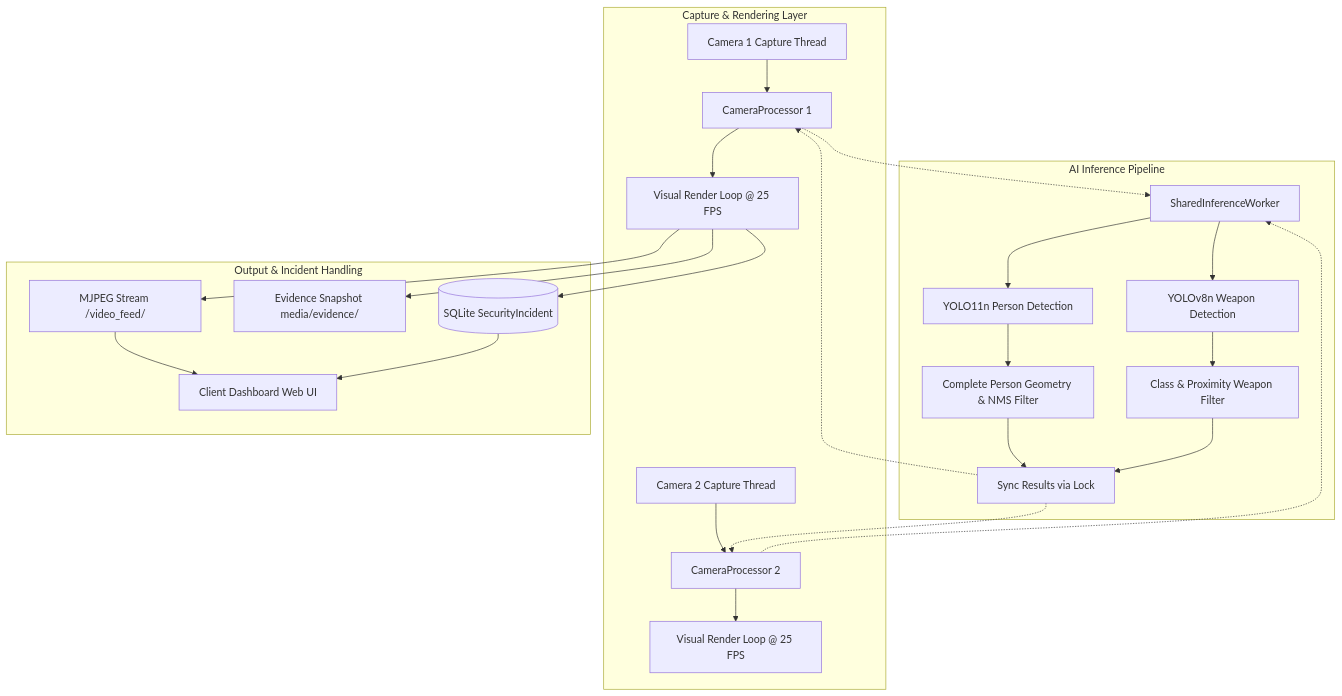
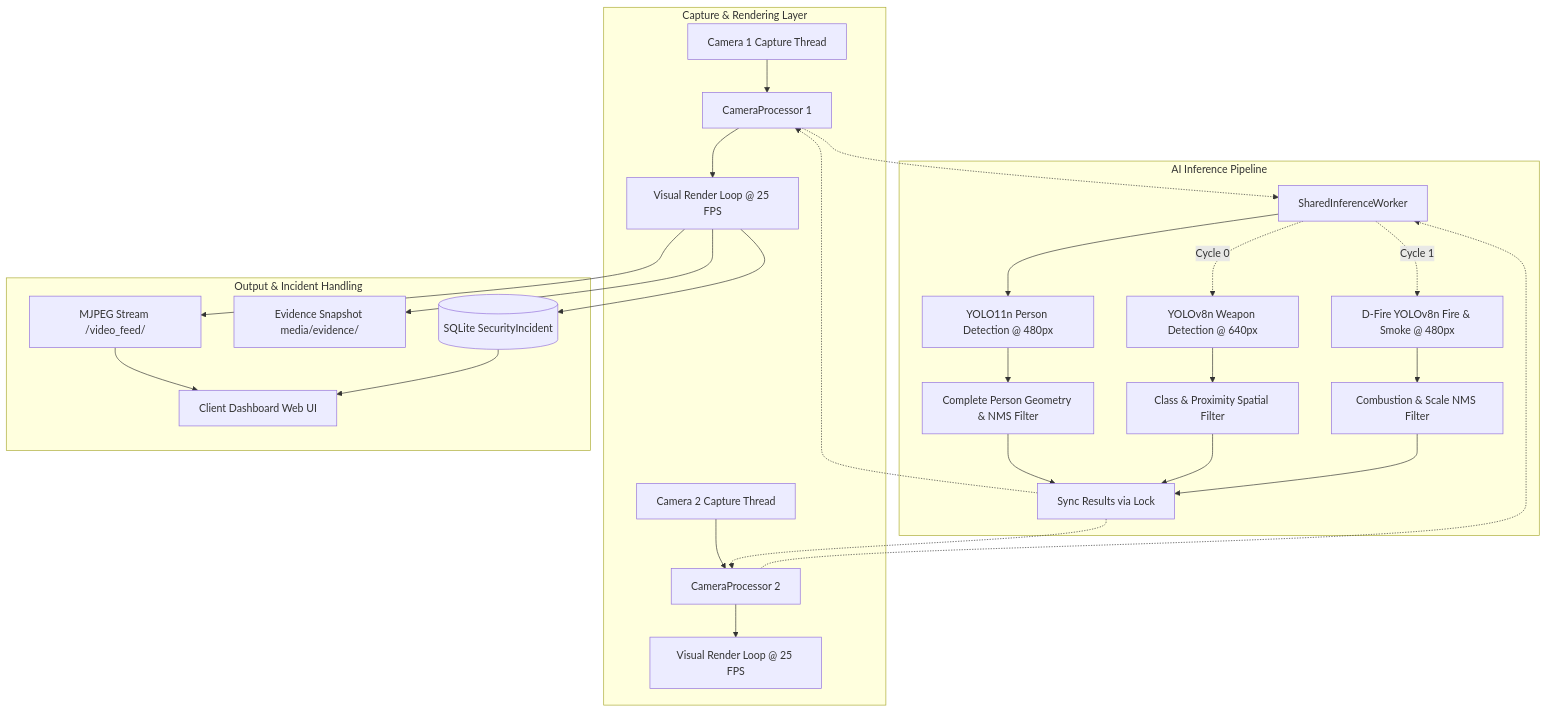
Before and after one commit to Sahil-2005/SmartVideoSurveillance: the diagram in README.md, drawn with Mermaid. The commit also changed other lines of this file and 11 other files, not shown here.

````diff
--- a/README.md
+++ b/README.md
@@ -68,30 +86,33 @@
 ```mermaid
 flowchart TD
     subgraph Capture & Rendering Layer
         Cam1[Camera 1 Capture Thread] --> Proc1[CameraProcessor 1]
         Cam2[Camera 2 Capture Thread] --> Proc2[CameraProcessor 2]
         Proc1 --> Render1[Visual Render Loop @ 25 FPS]
         Proc2 --> Render2[Visual Render Loop @ 25 FPS]
     end
 
     subgraph AI Inference Pipeline
         Proc1 -.-> Worker[SharedInferenceWorker]
         Proc2 -.-> Worker
-        Worker --> YOLOPerson[YOLO11n Person Detection]
-        Worker --> YOLOWeapon[YOLOv8n Weapon Detection]
+        Worker --> YOLOPerson[YOLO11n Person Detection @ 480px]
+        Worker -. Cycle 0 .-> YOLOWeapon[YOLOv8n Weapon Detection @ 640px]
+        Worker -. Cycle 1 .-> YOLOFire[D-Fire YOLOv8n Fire & Smoke @ 480px]
         YOLOPerson --> PersonFilter[Complete Person Geometry & NMS Filter]
-        YOLOWeapon --> WeaponFilter[Class & Proximity Weapon Filter]
+        YOLOWeapon --> WeaponFilter[Class & Proximity Spatial Filter]
+        YOLOFire --> FireFilter[Combustion & Scale NMS Filter]
         PersonFilter --> Sync[Sync Results via Lock]
         WeaponFilter --> Sync
+        FireFilter --> Sync
         Sync -.-> Proc1
         Sync -.-> Proc2
     end
 
     subgraph Output & Incident Handling
         Render1 --> Stream[MJPEG Stream /video_feed/]
         Render1 --> Snap[Evidence Snapshot media/evidence/]
         Render1 --> DB[(SQLite SecurityIncident)]
         Stream --> Browser[Client Dashboard Web UI]
         DB --> Browser
     end
 ```
````
